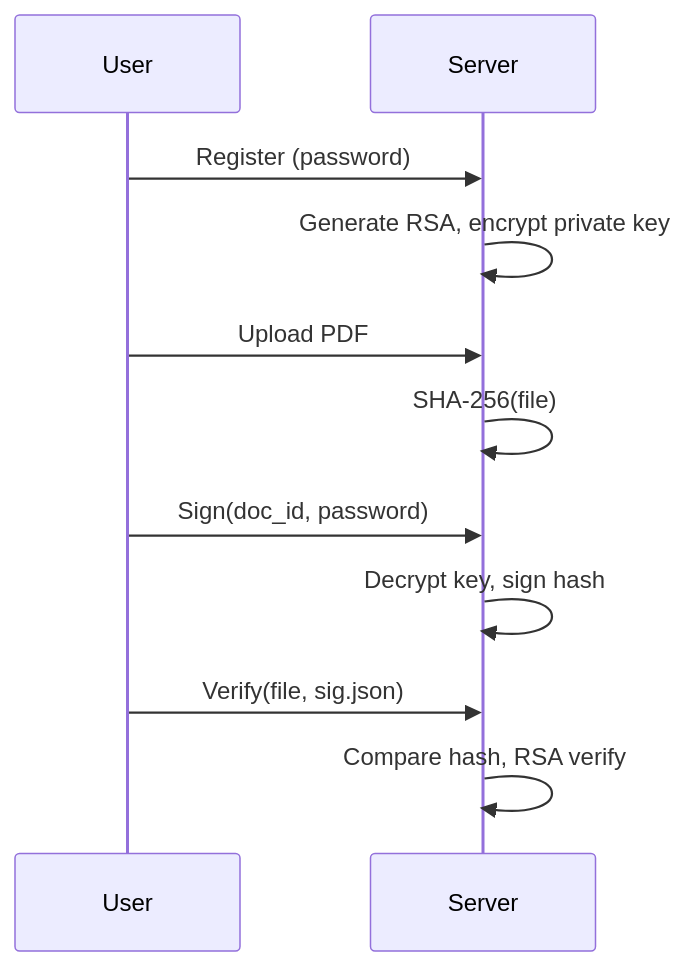
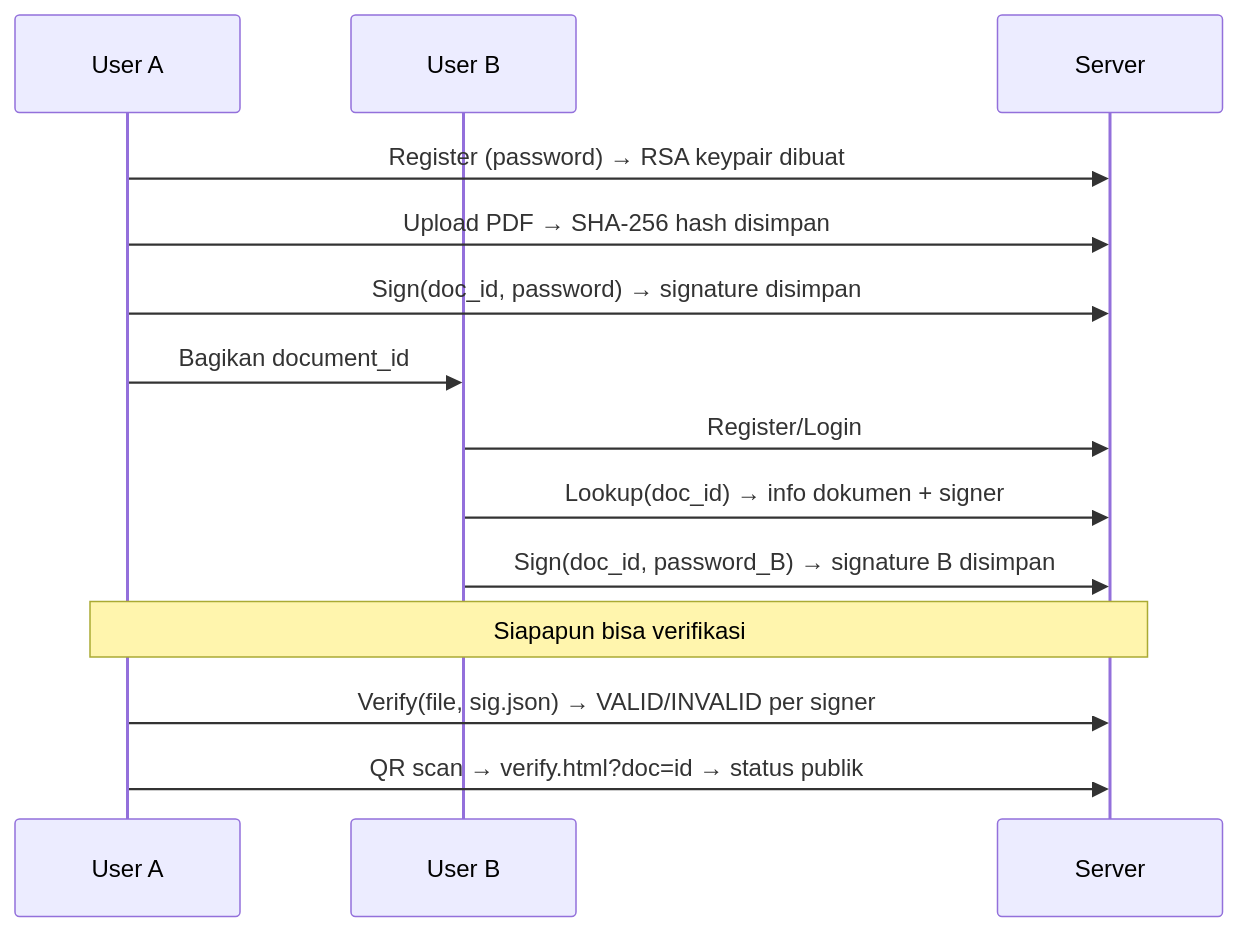
One commit to Raffi38321/kripto-signdoc changed the diagram in README.md. Above: the diagram before and after it, drawn with Mermaid. The commit also changed other lines of this file and 1 other file, not shown here.

````diff
--- a/README.md
+++ b/README.md
@@ -65,13 +87,19 @@
 ```mermaid
 sequenceDiagram
-    participant U as User
+    participant A as User A
+    participant B as User B
     participant S as Server
-    U->>S: Register (password)
-    S->>S: Generate RSA, encrypt private key
-    U->>S: Upload PDF
-    S->>S: SHA-256(file)
-    U->>S: Sign(doc_id, password)
-    S->>S: Decrypt key, sign hash
-    U->>S: Verify(file, sig.json)
-    S->>S: Compare hash, RSA verify
+
+    A->>S: Register (password) → RSA keypair dibuat
+    A->>S: Upload PDF → SHA-256 hash disimpan
+    A->>S: Sign(doc_id, password) → signature disimpan
+    A->>B: Bagikan document_id
+
+    B->>S: Register/Login
+    B->>S: Lookup(doc_id) → info dokumen + signer
+    B->>S: Sign(doc_id, password_B) → signature B disimpan
+
+    Note over A,S: Siapapun bisa verifikasi
+    A->>S: Verify(file, sig.json) → VALID/INVALID per signer
+    A->>S: QR scan → verify.html?doc=id → status publik
 ```
````
